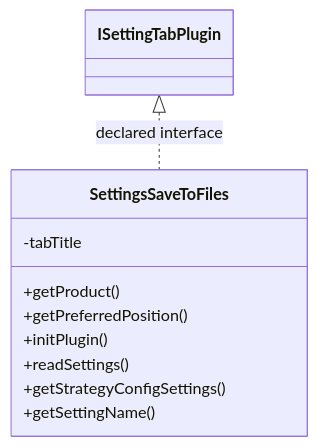
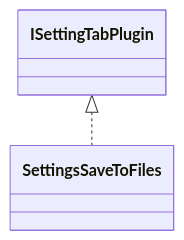
Before and after one commit to haruperi/HaruQuantAI: the diagram in docs/sqx/Shared/SettingsSaveToFiles.md, drawn with Mermaid. The commit also changed other lines of this file and 1688 other files, not shown here.

````diff
--- a/docs/sqx/Shared/SettingsSaveToFiles.md
+++ b/docs/sqx/Shared/SettingsSaveToFiles.md
@@ -30,14 +26,6 @@
 ```mermaid
 classDiagram
-    class C943387f72db2["SettingsSaveToFiles"] {
-        -tabTitle
-        +getProduct()
-        +getPreferredPosition()
-        +initPlugin()
-        +readSettings()
-        +getStrategyConfigSettings()
-        +getSettingName()
-    }
-    class C27734eb41505["ISettingTabPlugin"]
-    C27734eb41505 <|.. C943387f72db2 : declared interface
+    class C0["SettingsSaveToFiles"]
+    class E0["ISettingTabPlugin"]
+    E0 <|.. C0
 ```
````
